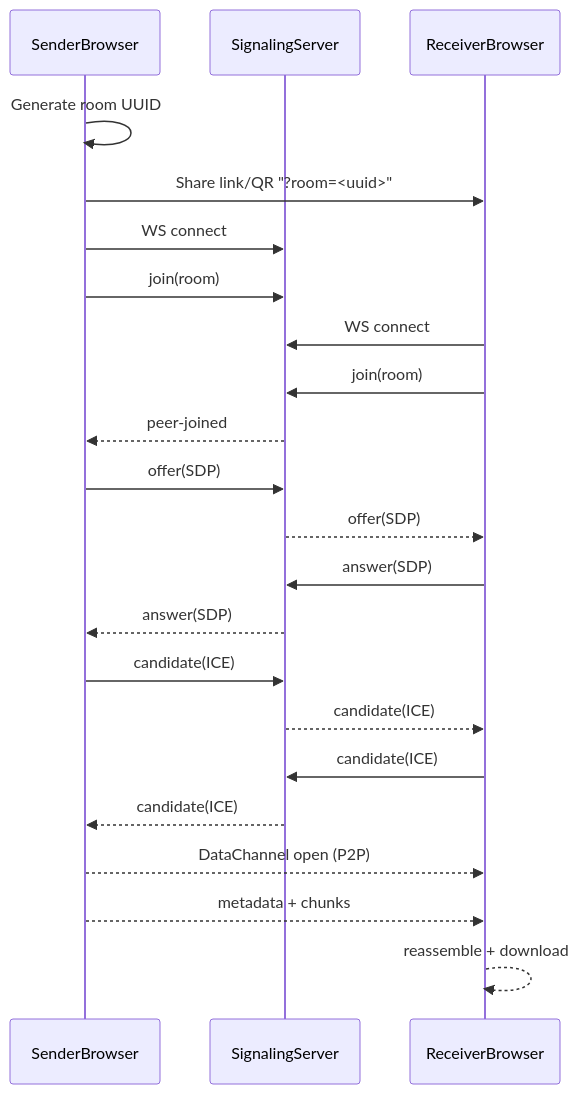
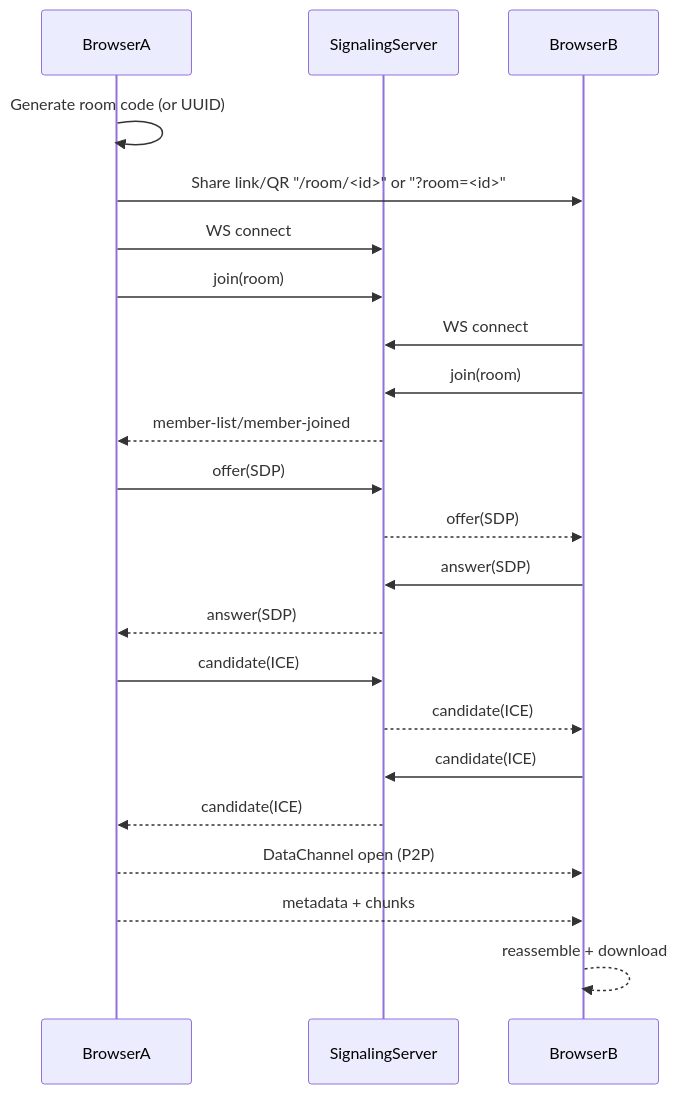
The second of 2 diagrams in README.md (twomodo/coralsend), drawn with Mermaid before and after one commit. The commit also changed other lines of this file, not shown here.

First line of the commit message:
Update README to reflect new room joining features and signaling flow

````diff
--- a/README.md
+++ b/README.md
@@ -78,31 +79,31 @@
 ```mermaid
 sequenceDiagram
-  participant A as SenderBrowser
+  participant A as BrowserA
   participant S as SignalingServer
-  participant B as ReceiverBrowser
+  participant B as BrowserB
 
-  A->>A: Generate room UUID
-  A->>B: Share link/QR "?room=<uuid>"
+  A->>A: Generate room code (or UUID)
+  A->>B: Share link/QR "/room/<id>" or "?room=<id>"
 
   A->>S: WS connect
   A->>S: join(room)
 
   B->>S: WS connect
   B->>S: join(room)
 
-  S-->>A: peer-joined
+  S-->>A: member-list/member-joined
   A->>S: offer(SDP)
   S-->>B: offer(SDP)
 
   B->>S: answer(SDP)
   S-->>A: answer(SDP)
 
   A->>S: candidate(ICE)
   S-->>B: candidate(ICE)
   B->>S: candidate(ICE)
   S-->>A: candidate(ICE)
 
   A-->>B: DataChannel open (P2P)
   A-->>B: metadata + chunks
   B-->>B: reassemble + download
 ```
````
